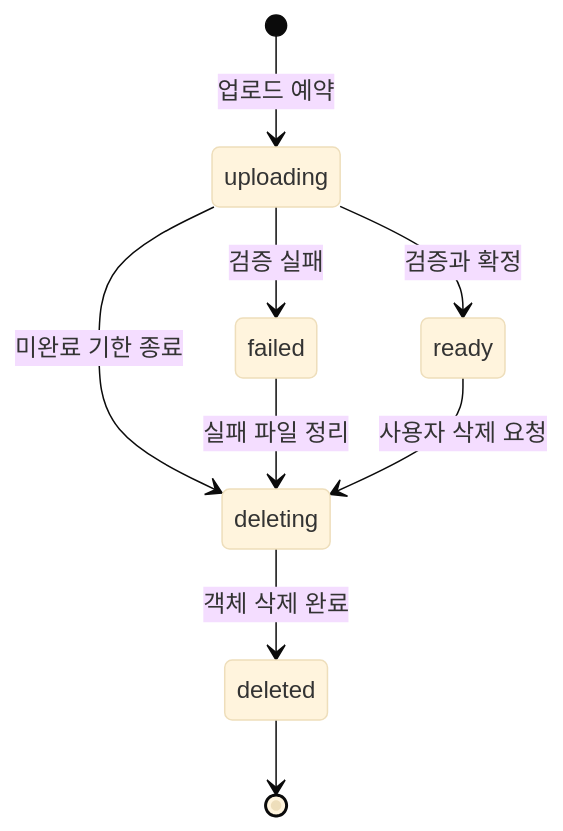
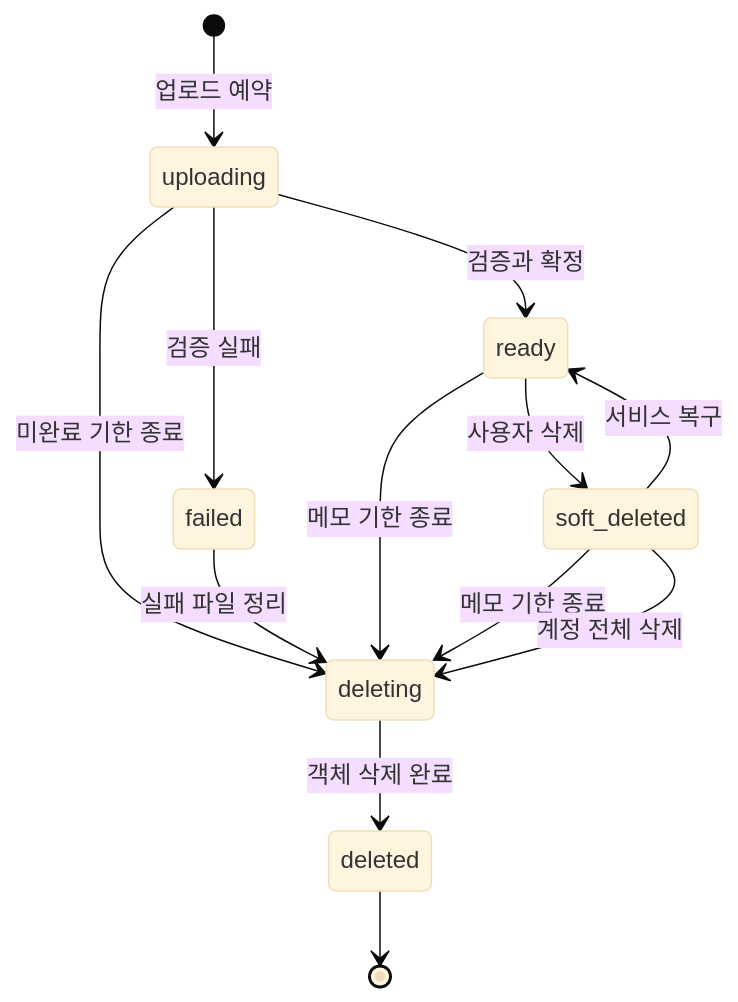
Before and after one commit to JooJeongwon/recall-memory: the third of 3 diagrams in ARCHITECTURE.md, drawn with Mermaid (base theme). The commit also changed other lines of this file and 26 other files, not shown here.

````diff
--- a/ARCHITECTURE.md
+++ b/ARCHITECTURE.md
@@ -222,11 +224,15 @@
 ```mermaid
 stateDiagram-v2
     [*] --> uploading: 업로드 예약
     uploading --> ready: 검증과 확정
     uploading --> failed: 검증 실패
     uploading --> deleting: 미완료 기한 종료
     failed --> deleting: 실패 파일 정리
-    ready --> deleting: 사용자 삭제 요청
+    ready --> deleting: 메모 기한 종료
+    soft_deleted --> deleting: 메모 기한 종료
+    ready --> soft_deleted: 사용자 삭제
+    soft_deleted --> ready: 서비스 복구
+    soft_deleted --> deleting: 계정 전체 삭제
     deleting --> deleted: 객체 삭제 완료
     deleted --> [*]
 ```
````
